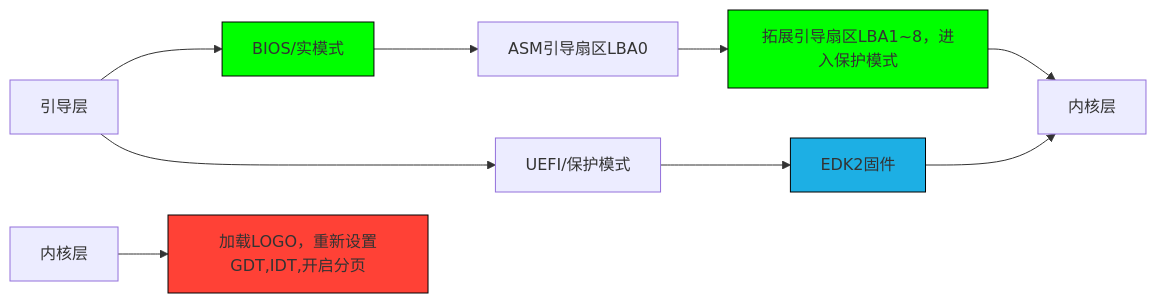
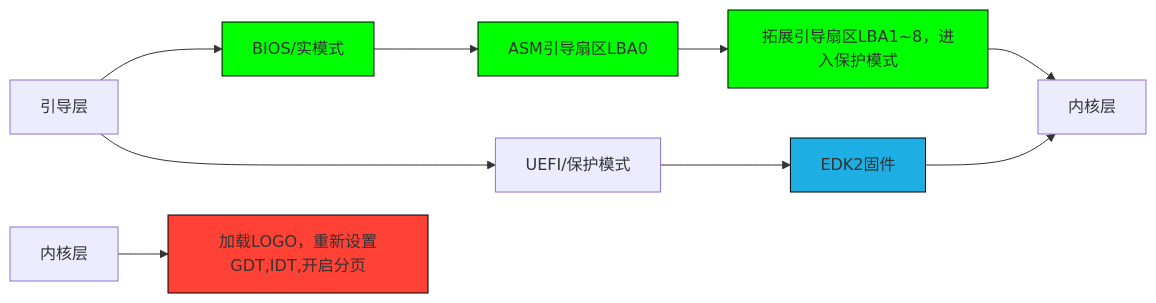
One commit to XiYuyan-13yearsoldboy/13yearsold-RCOS1.0 changed the diagram in README.md. Above: the diagram before and after it, drawn with Mermaid.

````diff
--- a/README.md
+++ b/README.md
@@ -11,16 +11,17 @@
 ```mermaid
 graph LR 
 A[引导层] --> B[BIOS/实模式]
 A --> C[UEFI/保护模式]
 B --> D[ASM引导扇区LBA0]
 D --> G[拓展引导扇区LBA1~8，进入保护模式]
 C --> E[EDK2固件]
 E --> F[内核层]
 G --> F
 H[内核层] --> I[加载LOGO，重新设置GDT,IDT,开启分页] 
 style G fill:#FF4136,stroke:#000;
 style I fill:#FF4136,stroke:#000;
 style E fill:#1DAFE4,stroke:#000;
 style G fill:#0F0,stroke:#000;
 style B fill:#0F0,stroke:#000;
+style D fill:#0F0,stroke:#000;
 ```
````
